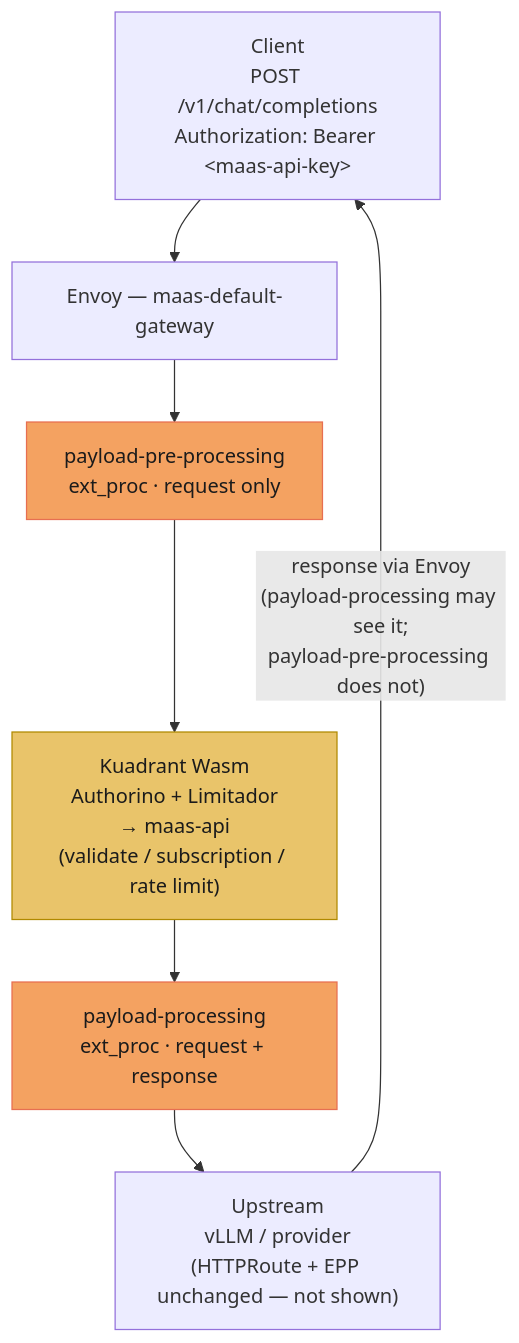
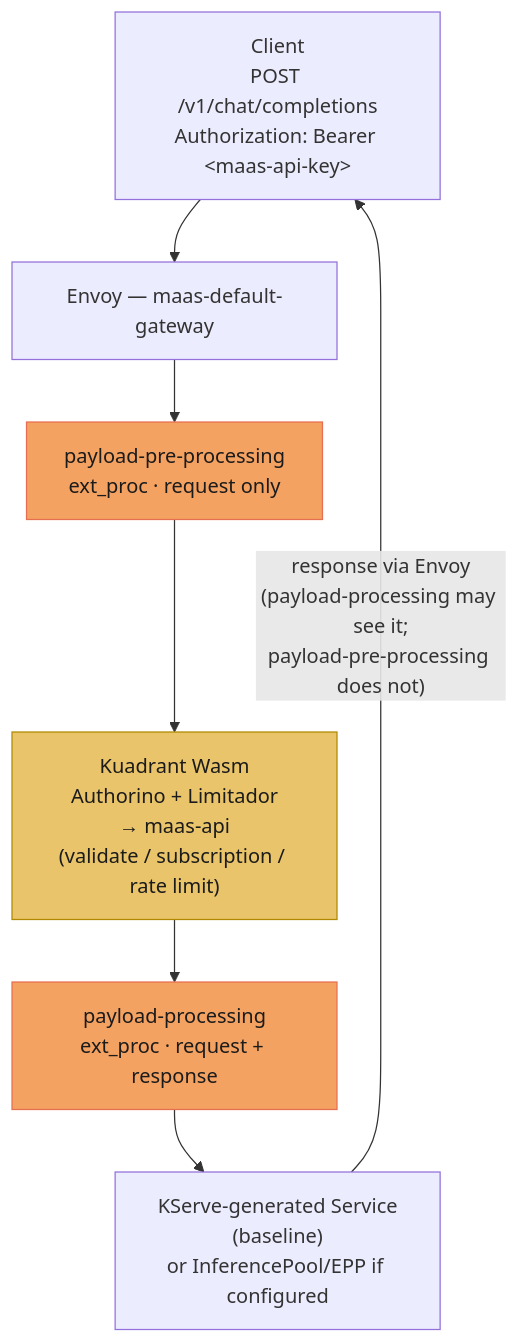
Before and after one commit to jland-redhat/ai-gateway-controller: the first of 3 diagrams in docs/praxis-dataplane-evolution.md, drawn with Mermaid. The commit also changed other lines of this file, not shown here.

````diff
--- a/docs/praxis-dataplane-evolution.md
+++ b/docs/praxis-dataplane-evolution.md
@@ -45,18 +65,18 @@
 ```mermaid
 flowchart TB
   Client["Client<br/>POST /v1/chat/completions<br/>Authorization: Bearer &lt;maas-api-key&gt;"]
   Envoy["Envoy — maas-default-gateway"]
 
   Pre["payload-pre-processing<br/>ext_proc · request only"]
   Auth["Kuadrant Wasm<br/>Authorino + Limitador<br/>→ maas-api<br/>(validate / subscription / rate limit)"]
   Full["payload-processing<br/>ext_proc · request + response"]
-  Upstream["Upstream<br/>vLLM / provider<br/>(HTTPRoute + EPP unchanged — not shown)"]
+  Upstream["KServe-generated Service<br/>(baseline)<br/>or InferencePool/EPP if configured"]
 
   Client --> Envoy --> Pre --> Auth --> Full --> Upstream
   Upstream -->|"response via Envoy<br/>(payload-processing may see it;<br/>payload-pre-processing does not)"| Client
 
   classDef ipp fill:#f4a261,stroke:#e76f51,color:#1b1b1b
   classDef kuadrant fill:#e9c46a,stroke:#b08900,color:#1b1b1b
   class Pre,Full ipp
   class Auth kuadrant
 ```
````
